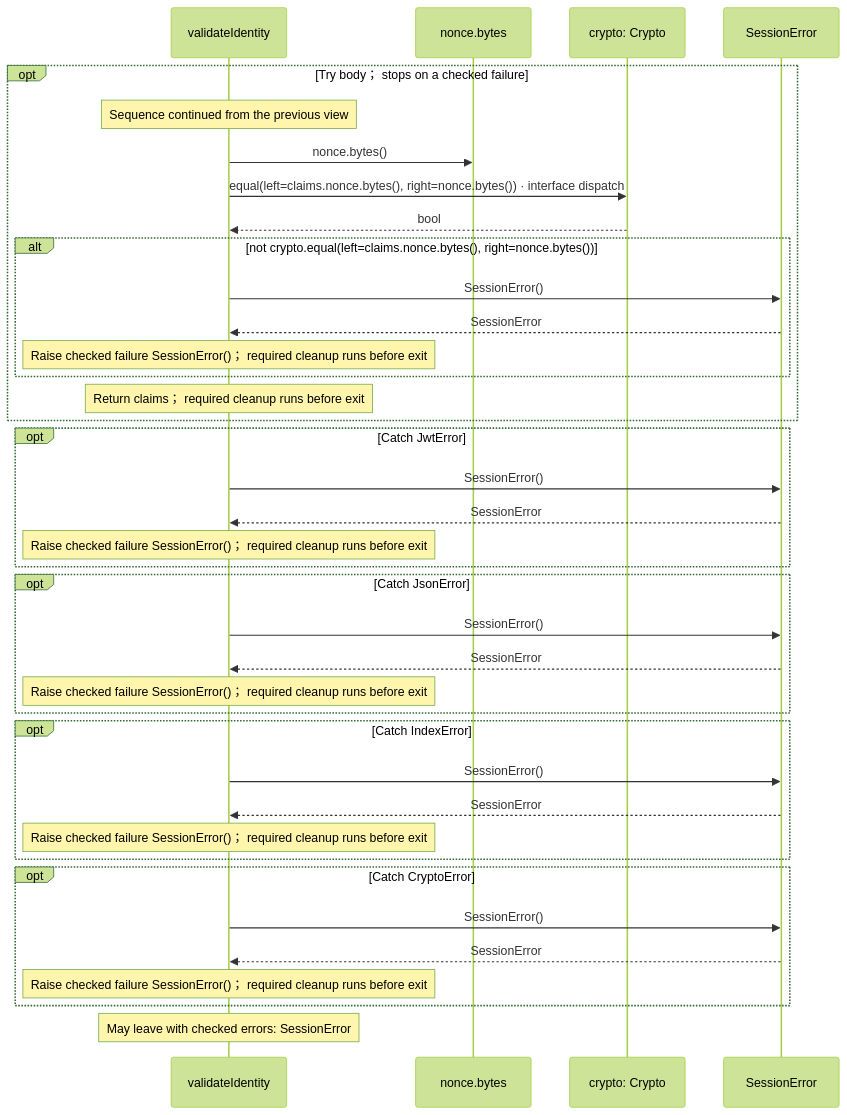
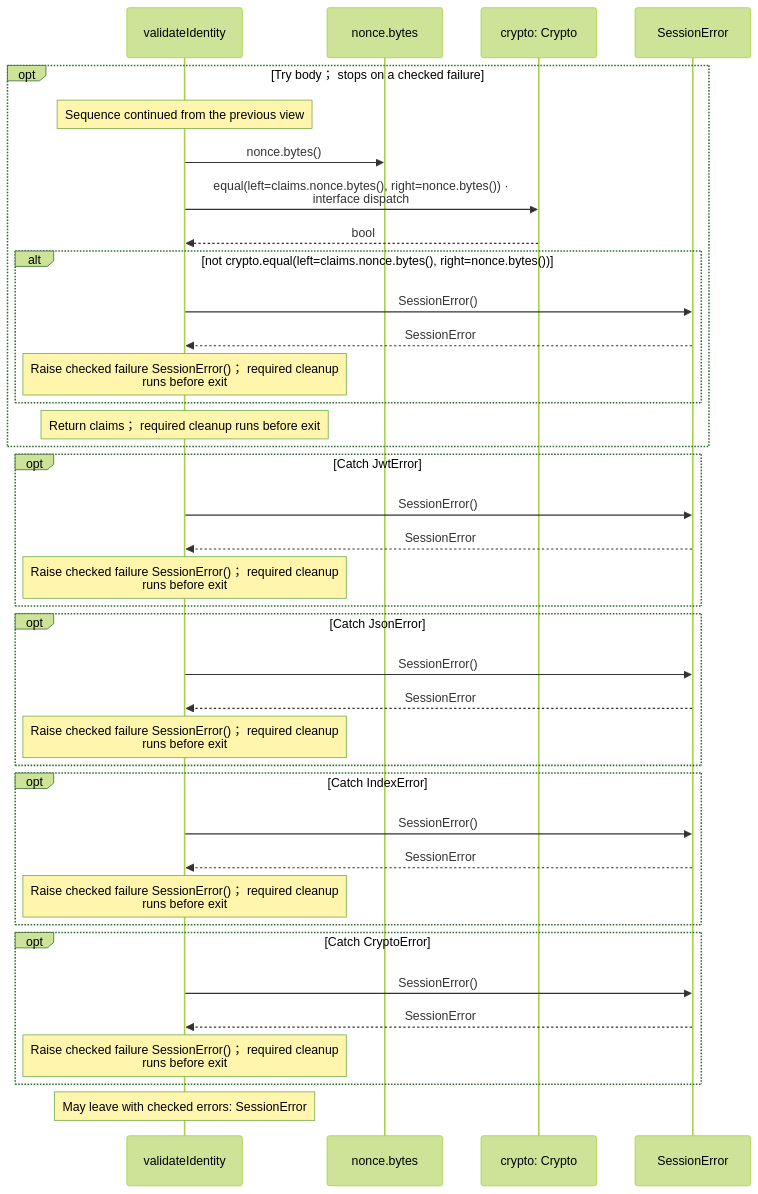
The sixth of 6 diagrams in docs/examples/oidc-login/client/protocol-diagrams.md (GreenPandaStudios/augscript), drawn with Mermaid (forest theme) before and after one commit. The commit also changed other lines of this file and 200 other files, not shown here.

Commit message:
Group imported operations and wrap readable sequence messages

````diff
--- a/docs/examples/oidc-login/client/protocol-diagrams.md
+++ b/docs/examples/oidc-login/client/protocol-diagrams.md
@@ -264,40 +245,40 @@
 ```mermaid
 sequenceDiagram
     participant p0 as validateIdentity
     participant p1 as nonce.bytes
     participant p2 as crypto: Crypto
     participant p3 as SessionError
     opt Try body； stops on a checked failure
     Note over p0: Sequence continued from the previous view
     p0->>p1: nonce.bytes()
-    p0->>p2: equal(left=claims.nonce.bytes(), right=nonce.bytes()) · interface dispatch
+    p0->>p2: equal(left=claims.nonce.bytes(), right=nonce.bytes()) ·<br/>interface dispatch
     p2-->>p0: bool
     alt not crypto.equal(left=claims.nonce.bytes(), right=nonce.bytes())
     p0->>p3: SessionError()
     p3-->>p0: SessionError
-    Note over p0: Raise checked failure SessionError()； required cleanup runs before exit
+    Note over p0: Raise checked failure SessionError()； required cleanup<br/>runs before exit
     end
     Note over p0: Return claims； required cleanup runs before exit
     end
     opt Catch JwtError
     p0->>p3: SessionError()
     p3-->>p0: SessionError
-    Note over p0: Raise checked failure SessionError()； required cleanup runs before exit
+    Note over p0: Raise checked failure SessionError()； required cleanup<br/>runs before exit
     end
     opt Catch JsonError
     p0->>p3: SessionError()
     p3-->>p0: SessionError
-    Note over p0: Raise checked failure SessionError()； required cleanup runs before exit
+    Note over p0: Raise checked failure SessionError()； required cleanup<br/>runs before exit
     end
     opt Catch IndexError
     p0->>p3: SessionError()
     p3-->>p0: SessionError
-    Note over p0: Raise checked failure SessionError()； required cleanup runs before exit
+    Note over p0: Raise checked failure SessionError()； required cleanup<br/>runs before exit
     end
     opt Catch CryptoError
     p0->>p3: SessionError()
     p3-->>p0: SessionError
-    Note over p0: Raise checked failure SessionError()； required cleanup runs before exit
+    Note over p0: Raise checked failure SessionError()； required cleanup<br/>runs before exit
     end
     Note over p0: May leave with checked errors: SessionError
 ```
````
